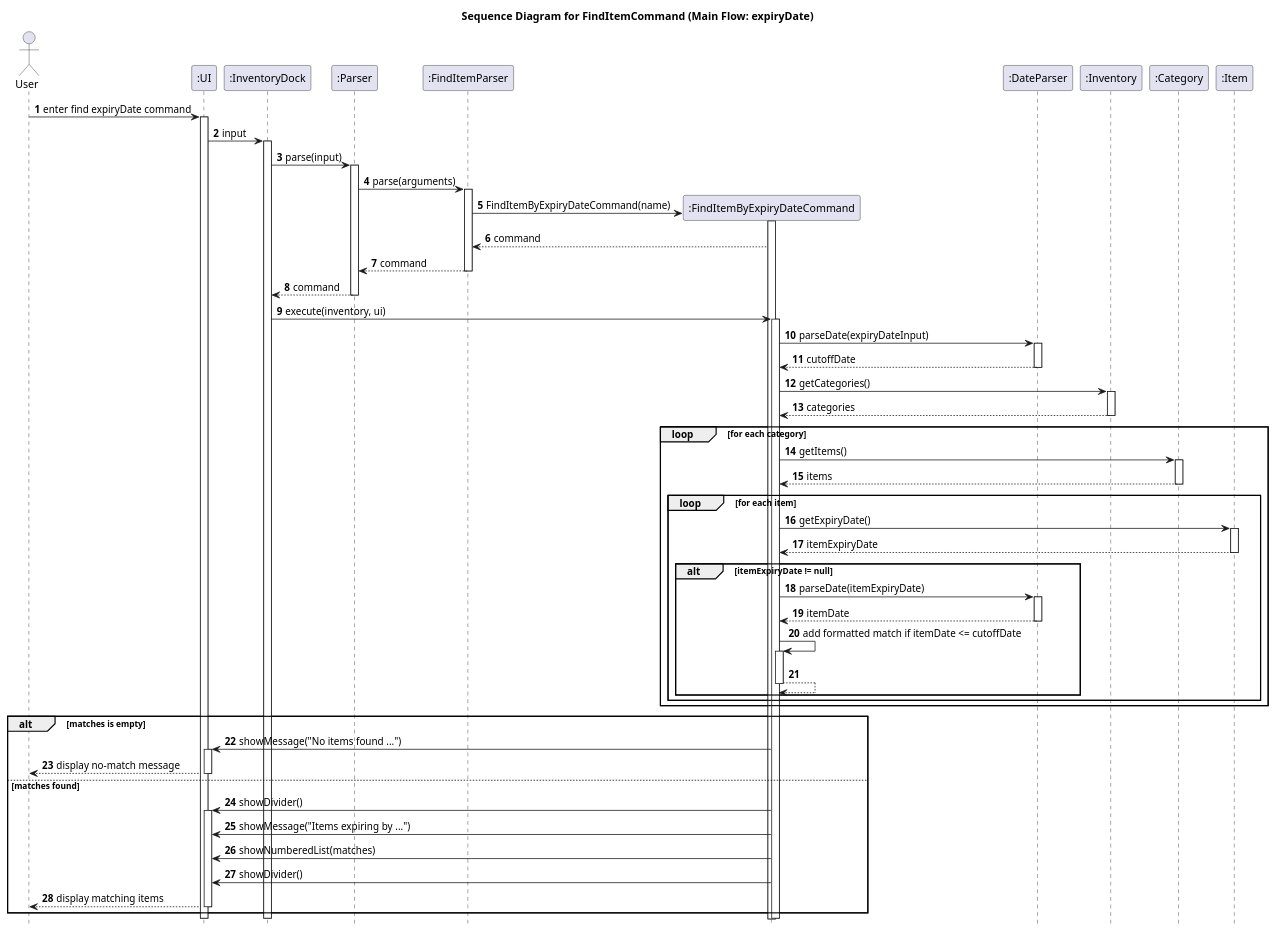
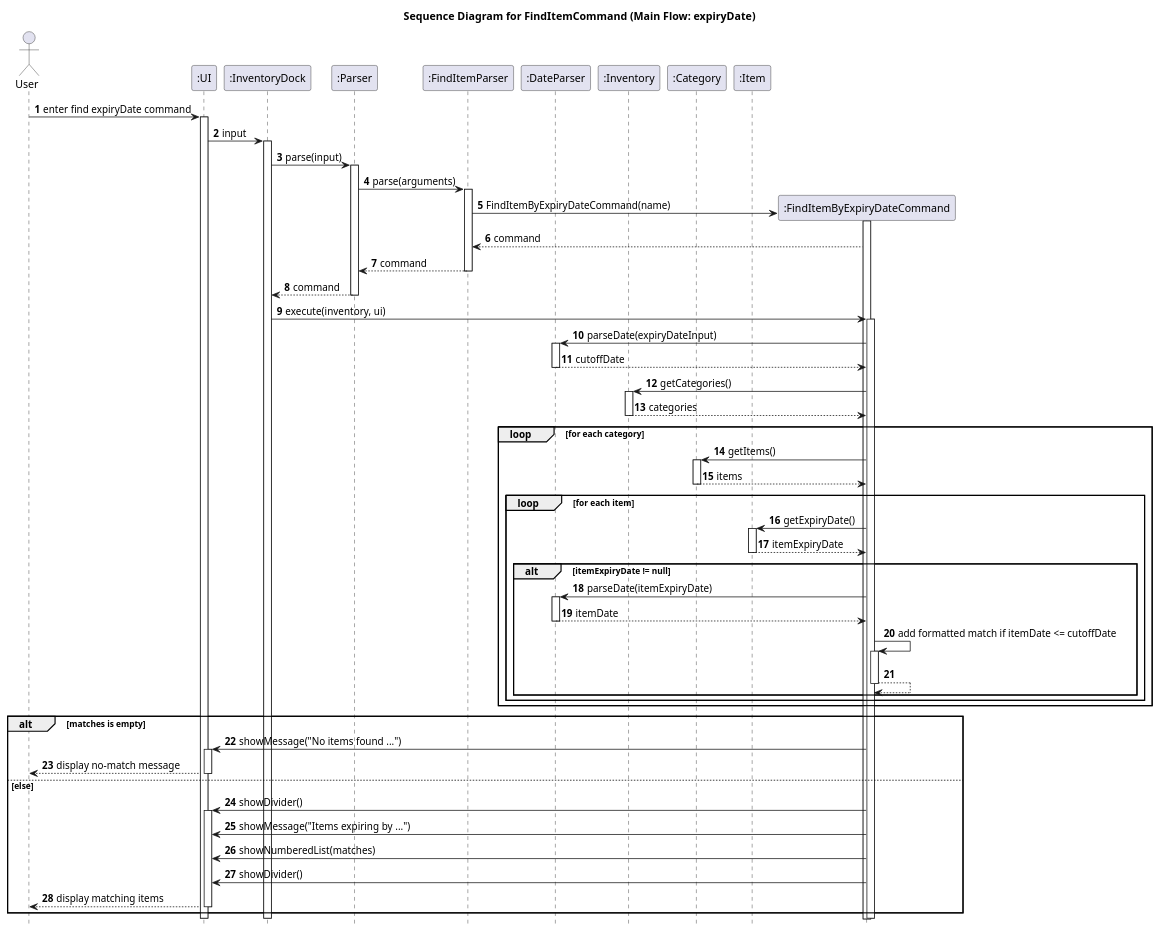
One commit to KOIiiii07/tp changed the diagram in docs/diagrams/sequence/FindItemCommandMainFlow.puml. Above: the diagram before and after it, drawn with PlantUML. The commit also changed other lines of this file and 100 other files, not shown here.

Commit message:
Update diagrams

```diff
--- a/docs/diagrams/sequence/FindItemCommandMainFlow.puml
+++ b/docs/diagrams/sequence/FindItemCommandMainFlow.puml
@@ -1,92 +1,91 @@
 @startuml
 title Sequence Diagram for FindItemCommand (Main Flow: expiryDate)
 
 autonumber
 hide footbox
 
 actor User
 participant ":UI" as UI
 participant ":InventoryDock" as InventoryDock
 participant ":Parser" as Parser
 participant ":FindItemParser" as FindItemParser
-participant ":FindItemByExpiryDateCommand" as FindItemByExpiryDateCommand
 participant ":DateParser" as DateParser
 participant ":Inventory" as Inventory
 participant ":Category" as Category
 participant ":Item" as Item
 
 User -> UI: enter find expiryDate command
 activate UI
 UI -> InventoryDock: input
 activate InventoryDock
 InventoryDock -> Parser: parse(input)
 activate Parser
 
 Parser -> FindItemParser: parse(arguments)
 activate FindItemParser
-create FindItemByExpiryDateCommand
+create ":FindItemByExpiryDateCommand" as FindItemByExpiryDateCommand
 FindItemParser -> FindItemByExpiryDateCommand: FindItemByExpiryDateCommand(name)
 activate FindItemByExpiryDateCommand
 FindItemByExpiryDateCommand --> FindItemParser: command
 FindItemParser --> Parser: command
 deactivate FindItemParser
 Parser --> InventoryDock: command
 deactivate Parser
 
 InventoryDock -> FindItemByExpiryDateCommand: execute(inventory, ui)
 activate FindItemByExpiryDateCommand
 FindItemByExpiryDateCommand -> DateParser: parseDate(expiryDateInput)
 activate DateParser
 DateParser --> FindItemByExpiryDateCommand: cutoffDate
 deactivate DateParser
 
 FindItemByExpiryDateCommand -> Inventory: getCategories()
 activate Inventory
 Inventory --> FindItemByExpiryDateCommand: categories
 deactivate Inventory
 
 loop for each category
     FindItemByExpiryDateCommand -> Category: getItems()
     activate Category
     Category --> FindItemByExpiryDateCommand: items
     deactivate Category
 
     loop for each item
         FindItemByExpiryDateCommand -> Item: getExpiryDate()
         activate Item
         Item --> FindItemByExpiryDateCommand: itemExpiryDate
         deactivate Item
 
         alt itemExpiryDate != null
             FindItemByExpiryDateCommand -> DateParser: parseDate(itemExpiryDate)
             activate DateParser
             DateParser --> FindItemByExpiryDateCommand: itemDate
             deactivate DateParser
 
             FindItemByExpiryDateCommand -> FindItemByExpiryDateCommand: add formatted match if itemDate <= cutoffDate
             activate FindItemByExpiryDateCommand
             FindItemByExpiryDateCommand --> FindItemByExpiryDateCommand
             deactivate FindItemByExpiryDateCommand
         end
     end
 end
 
 alt matches is empty
     FindItemByExpiryDateCommand -> UI: showMessage("No items found ...")
     activate UI
     UI --> User: display no-match message
     deactivate UI
-else matches found
+else else
     FindItemByExpiryDateCommand -> UI: showDivider()
     activate UI
     FindItemByExpiryDateCommand -> UI: showMessage("Items expiring by ...")
     FindItemByExpiryDateCommand -> UI: showNumberedList(matches)
     FindItemByExpiryDateCommand -> UI: showDivider()
     UI --> User: display matching items
     deactivate UI
 end
 
 deactivate FindItemByExpiryDateCommand
 deactivate InventoryDock
 deactivate UI
 @enduml
```
